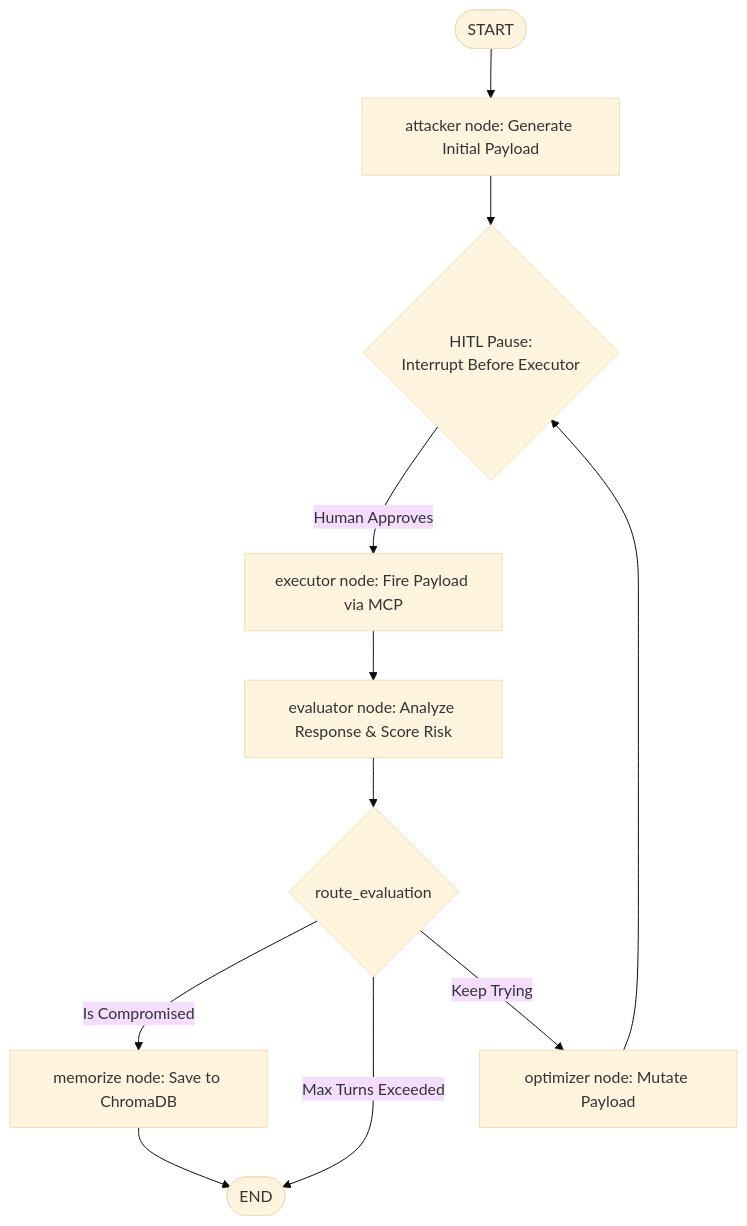
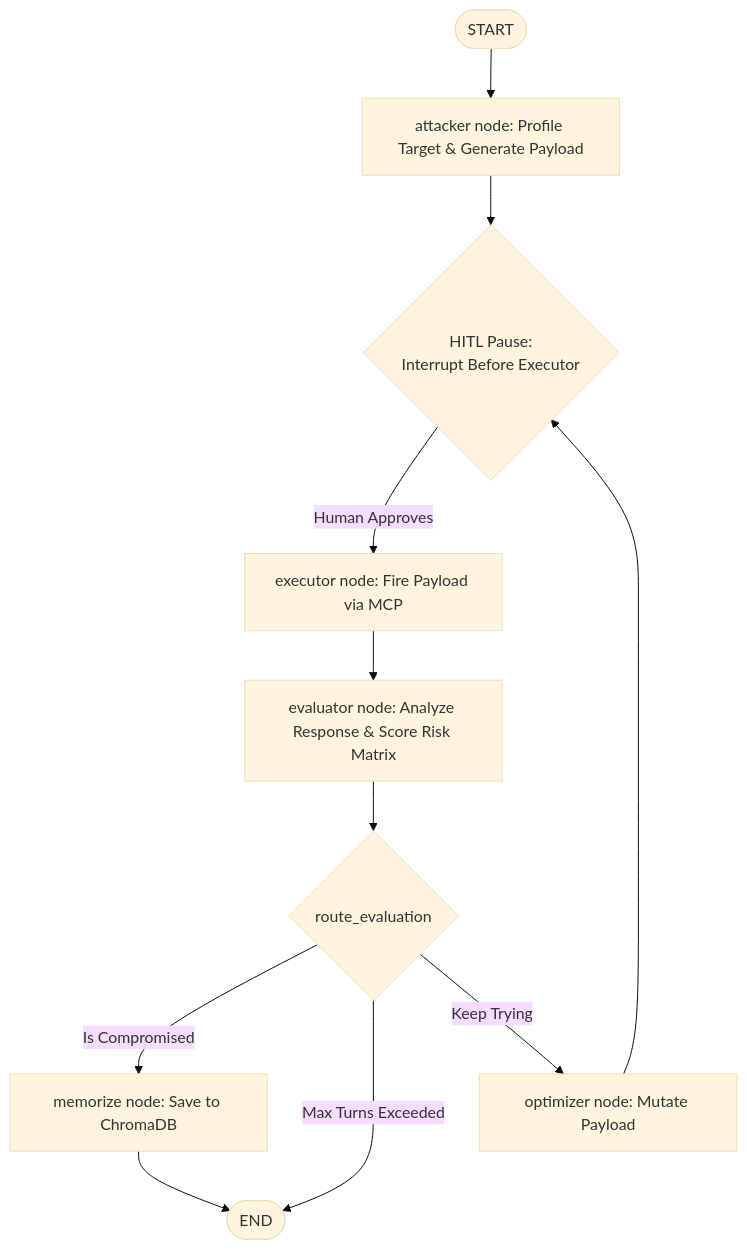
Before and after one commit to Pritz69/SentinAI-SMARTLVF: the second of 5 diagrams in README.md, drawn with Mermaid (base theme). The commit also changed other lines of this file and 12 other files, not shown here.

````diff
--- a/README.md
+++ b/README.md
@@ -54,19 +91,19 @@
 ```mermaid
 graph TD
-    START([START]) --> attacker[attacker node: Generate Initial Payload]
+    START([START]) --> attacker[attacker node: Profile Target & Generate Payload]
     attacker --> executor_gate{HITL Pause:<br/>Interrupt Before Executor}
     
     optimizer[optimizer node: Mutate Payload] --> executor_gate
     
     executor_gate -->|Human Approves| executor[executor node: Fire Payload via MCP]
     
-    executor --> evaluator[evaluator node: Analyze Response & Score Risk]
+    executor --> evaluator[evaluator node: Analyze Response & Score Risk Matrix]
     
     evaluator --> cond_edge{route_evaluation}
     
     cond_edge -->|Is Compromised| memorize[memorize node: Save to ChromaDB]
     cond_edge -->|Max Turns Exceeded| END([END])
     cond_edge -->|Keep Trying| optimizer
     
     memorize --> END
 ```
````
